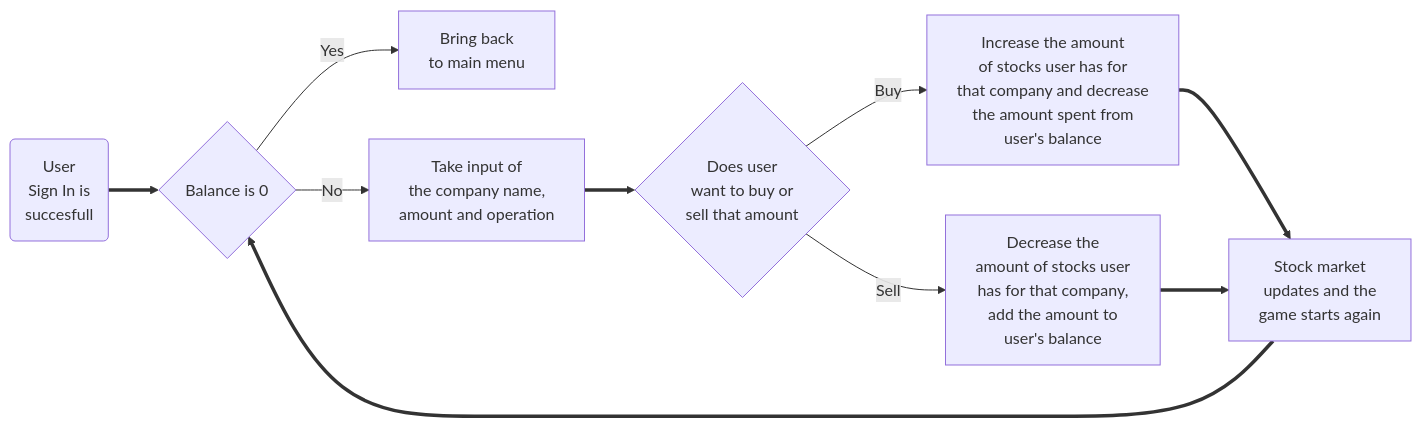
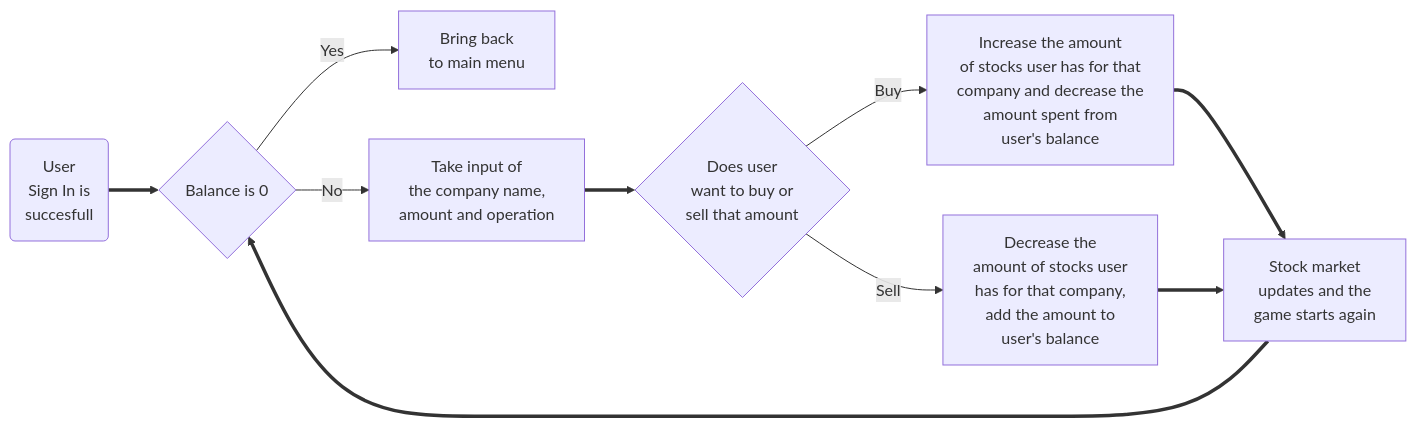
One commit to namanctrvd/Stocky changed the third of 3 diagrams in README.md. Above: the diagram before and after it, drawn with Mermaid. The commit also changed other lines of this file, not shown here.

Commit message:
flow chart improve

````diff
--- a/README.md
+++ b/README.md
@@ -58,12 +58,12 @@
 ``` mermaid
 flowchart LR
     A(User </br> Sign In is </br>  succesfull) ==> B{Balance is 0}
     B -->|Yes| C[Bring back </br> to main menu]
     B -->|No| D[Take input of </br> the company name, </br> amount and operation]
     D ==> E{Does user </br> want to buy or </br> sell that amount}
     E -->|Sell| F[Decrease the </br> amount of stocks user </br> has for that company, </br> add the amount to </br>  user's balance]
-    E -->|Buy| G[Increase the amount </br> of stocks user has for </br> that company and decrease </br> the amount spent from </br> user's balance]
+    E -->|Buy| G[Increase the amount </br> of stocks user has for that </br> company and decrease the </br> amount spent from </br> user's balance]
     G ==> H[Stock market </br>  updates and the </br>  game starts again]
     F ==> H
     H ==> B
 ```
````
